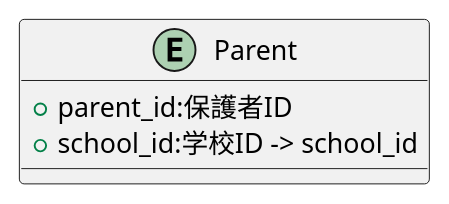
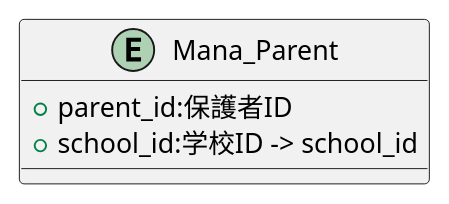
Before and after one commit to popoposorara/ERP_ER: the diagram in Entity/Mana_Parent.pu, drawn with PlantUML. The commit also changed 30 other files, not shown here.

```diff
--- a/Entity/Mana_Parent.pu
+++ b/Entity/Mana_Parent.pu
@@ -1,8 +1,8 @@
 @startuml
 
-entity "Parent" {
+entity "Mana_Parent" {
     + parent_id:保護者ID
     + school_id:学校ID -> school_id
 }
 
 @enduml
```
